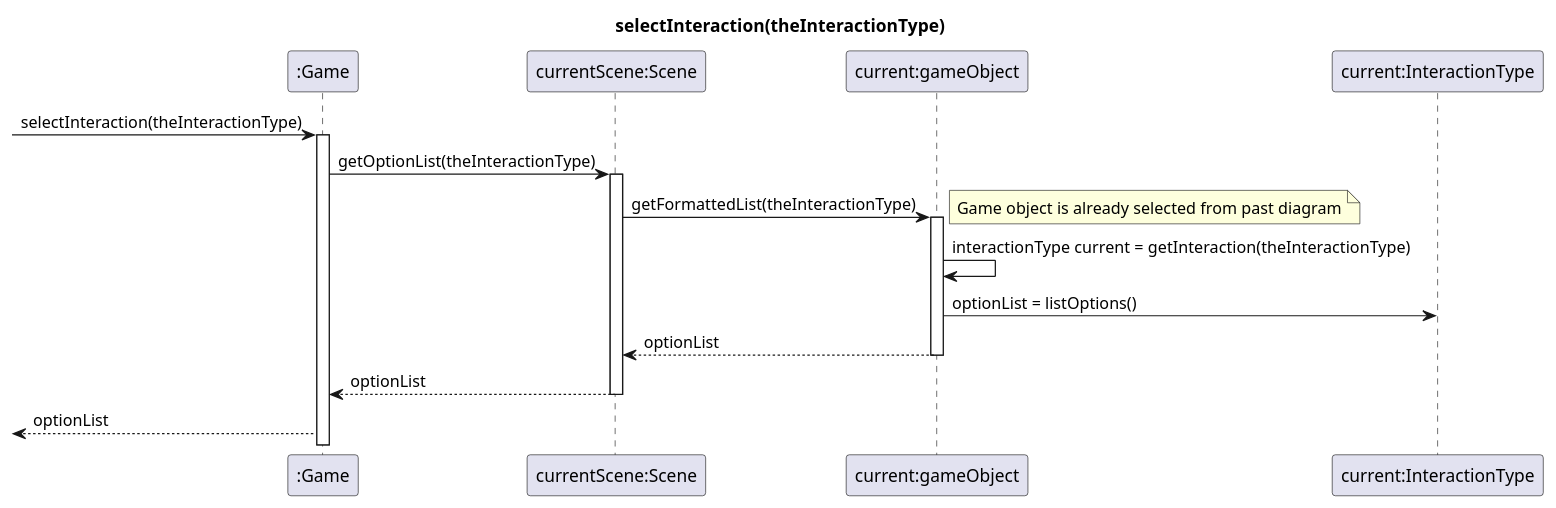
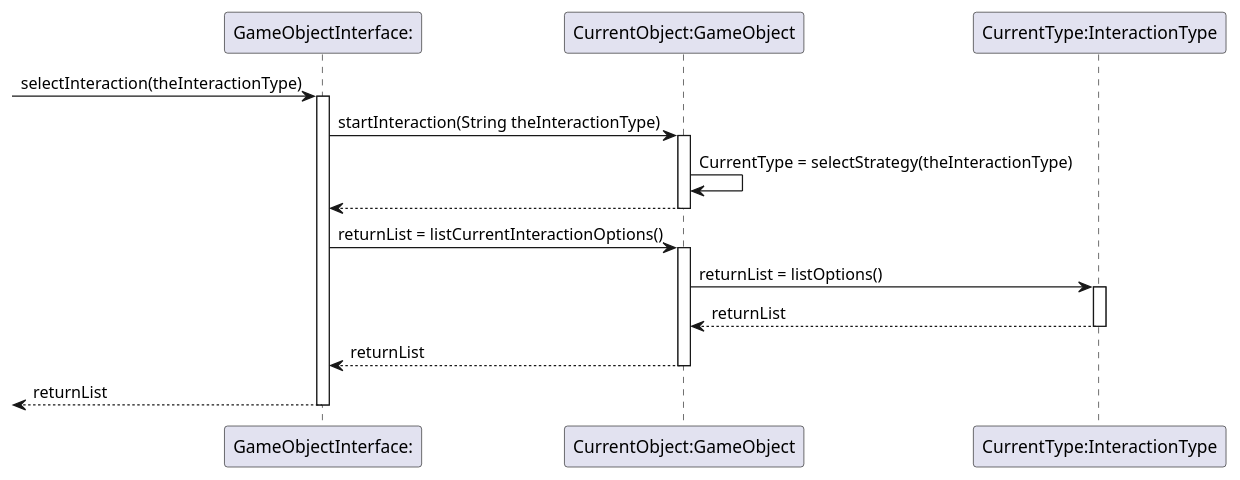
One commit to NoahHakansson/SE-PA1460 changed the diagram in selectInteraction.pu. Above: the diagram before and after it, drawn with PlantUML. The commit also changed 2 other files, not shown here.

Commit message:
updated interaction diagrams

```diff
--- a/selectInteraction.pu
+++ b/selectInteraction.pu
@@ -1,14 +1,13 @@
 @startuml
 
-title selectInteraction(theInteractionType)
-[-> ":Game" ++: selectInteraction(theInteractionType)
-":Game" -> "currentScene:Scene" ++ : getOptionList(theInteractionType)
-"currentScene:Scene" -> "current:gameObject" ++ : getFormattedList(theInteractionType)
-note right: Game object is already selected from past diagram
-"current:gameObject" -> "current:gameObject": interactionType current = getInteraction(theInteractionType)
-"current:gameObject" -> "current:InteractionType": optionList = listOptions()
-return optionList
-return optionList
-":Game" -->[: optionList
- 
+[-> "GameObjectInterface:" ++: selectInteraction(theInteractionType)
+"GameObjectInterface:" -> "CurrentObject:GameObject" ++: startInteraction(String theInteractionType)
+"CurrentObject:GameObject" -> "CurrentObject:GameObject": CurrentType = selectStrategy(theInteractionType)
+return
+"GameObjectInterface:" -> "CurrentObject:GameObject" ++:returnList = listCurrentInteractionOptions()
+"CurrentObject:GameObject" -> "CurrentType:InteractionType" ++: returnList = listOptions()
+return returnList
+return returnList
+return returnList
+
 @enduml
```
